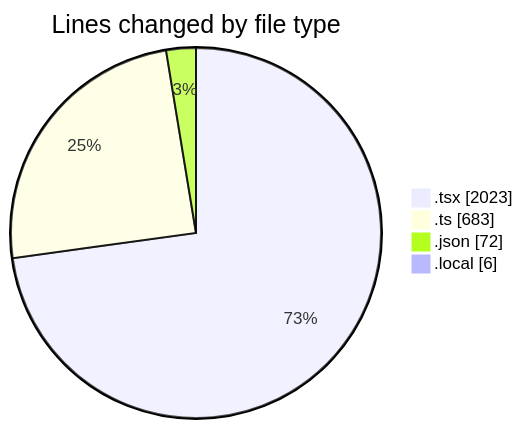
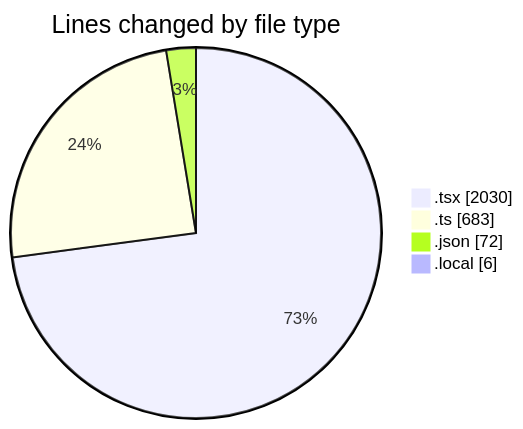
One commit to julien-gomy/code-tracking changed the first of 2 diagrams in 2025-10-21/eventscop-frontend-guide__workspace_/README.md. Above: the diagram before and after it, drawn with Mermaid. The commit also changed other lines of this file and 1 other file, not shown here.

````diff
--- a/2025-10-21/eventscop-frontend-guide__workspace_/README.md
+++ b/2025-10-21/eventscop-frontend-guide__workspace_/README.md
@@ -52,8 +52,8 @@
 ```mermaid
 pie showData
 title Lines changed by file type
-".tsx" : 2023
+".tsx" : 2030
 ".ts" : 683
 ".json" : 72
 ".local" : 6
 ```
````
